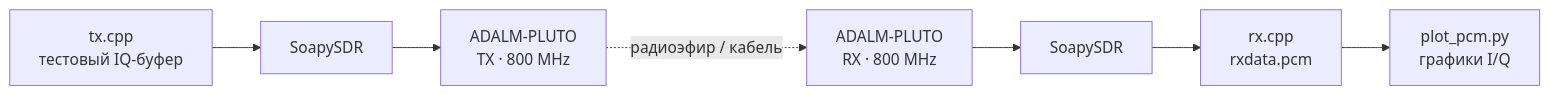
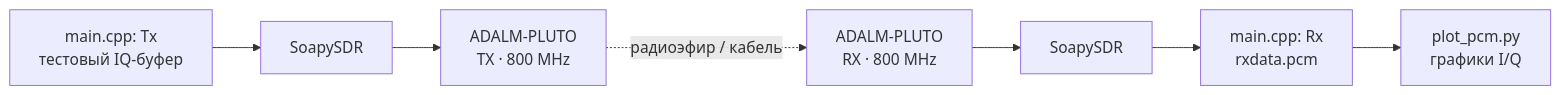
One commit to AndreyDvornikov/SDR changed the diagram in README.md. Above: the diagram before and after it, drawn with Mermaid. The commit also changed other lines of this file and 62 other files, not shown here.

Commit message:
tx и rx были интегрированы в main.cpp

````diff
--- a/README.md
+++ b/README.md
@@ -75,9 +73,9 @@
 ```mermaid
 flowchart LR
-    A[tx.cpp\nтестовый IQ-буфер] --> B[SoapySDR]
+    A[main.cpp: Tx\nтестовый IQ-буфер] --> B[SoapySDR]
     B --> C[ADALM-PLUTO\nTX · 800 MHz]
     C -. радиоэфир / кабель .-> D[ADALM-PLUTO\nRX · 800 MHz]
     D --> E[SoapySDR]
-    E --> F[rx.cpp\nrxdata.pcm]
+    E --> F[main.cpp: Rx\nrxdata.pcm]
     F --> G[plot_pcm.py\nграфики I/Q]
 ```
````
